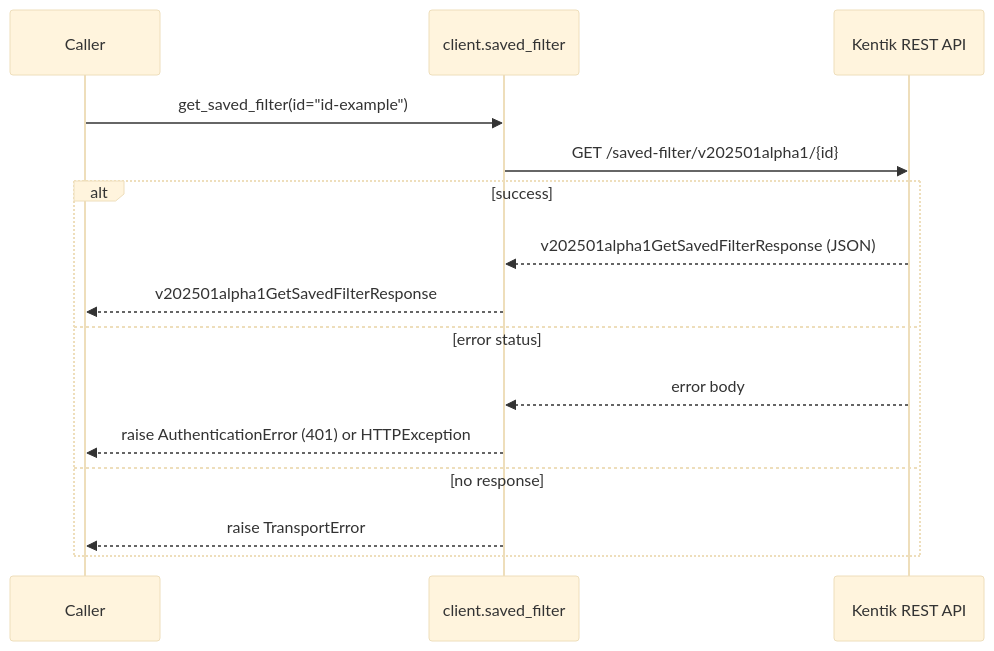
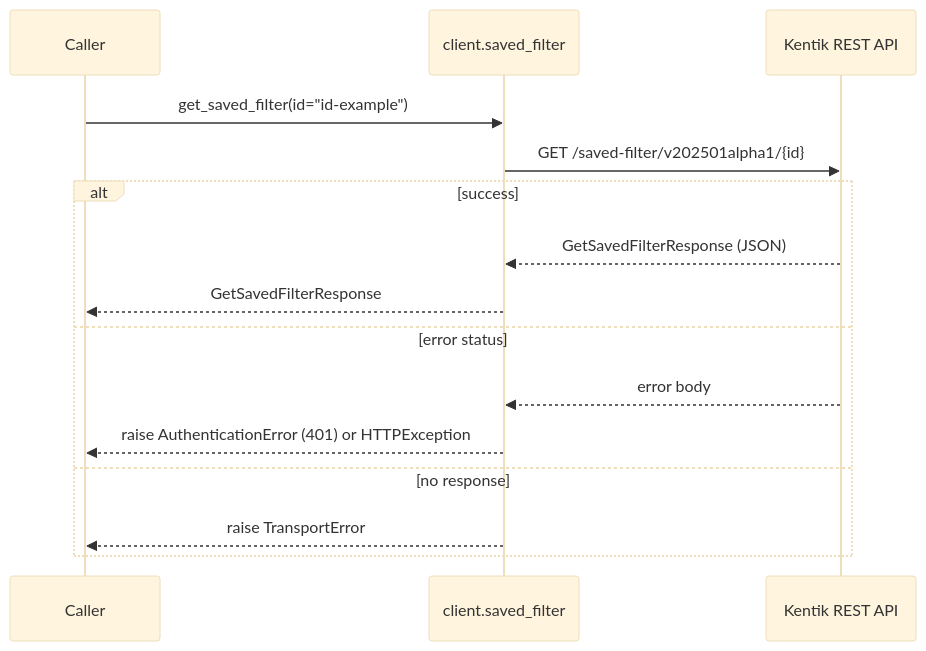
Before and after one commit to alexdearaujo/community_sdk_python: the fourth of 14 diagrams in docs/sphinx/services/saved_filter.md, drawn with Mermaid (base theme). The commit also changed other lines of this file and 38 other files, not shown here.

````diff
--- a/docs/sphinx/services/saved_filter.md
+++ b/docs/sphinx/services/saved_filter.md
@@ -114,18 +114,18 @@
 ```mermaid
 sequenceDiagram
     participant C as Caller
     participant W as client.saved_filter
     participant API as Kentik REST API
 
     C->>W: get_saved_filter(id="id-example")
     W->>API: GET /saved-filter/v202501alpha1/{id}
     alt success
-        API-->>W: v202501alpha1GetSavedFilterResponse (JSON)
-        W-->>C: v202501alpha1GetSavedFilterResponse
+        API-->>W: GetSavedFilterResponse (JSON)
+        W-->>C: GetSavedFilterResponse
     else error status
         API-->>W: error body
         W-->>C: raise AuthenticationError (401) or HTTPException
     else no response
         W-->>C: raise TransportError
     end
 ```
````
